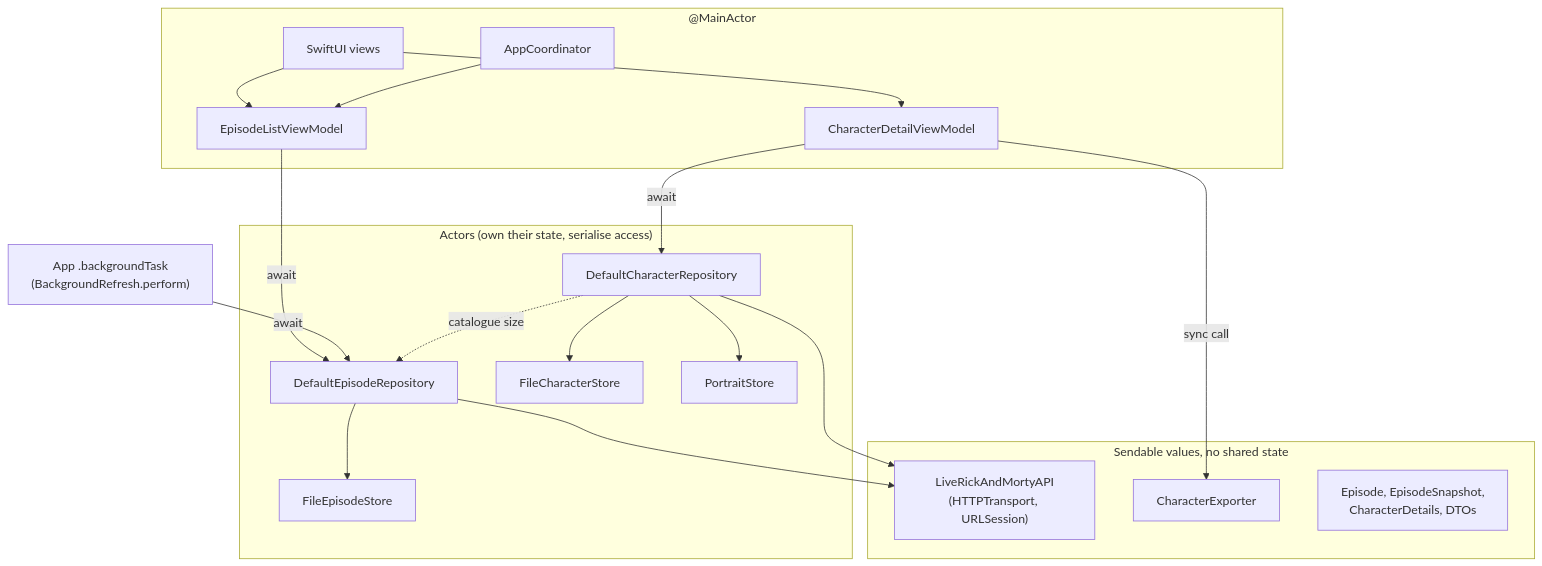
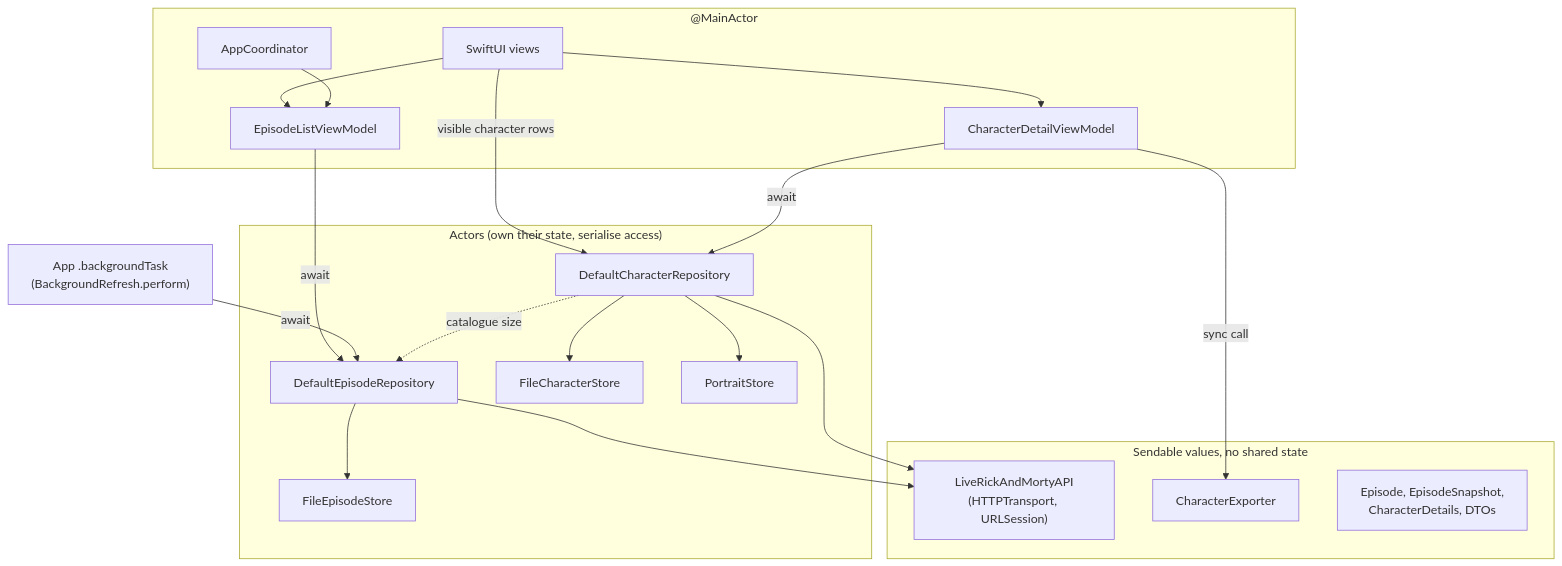
One commit to felixinjapan/rick-and-morty-episodes changed the third of 3 diagrams in docs/design.md. Above: the diagram before and after it, drawn with Mermaid. The commit also changed other lines of this file and 8 other files, not shown here.

````diff
--- a/docs/design.md
+++ b/docs/design.md
@@ -47,39 +49,40 @@
 ```mermaid
 flowchart TD
     subgraph Main["@MainActor"]
         Views[SwiftUI views]
         ListVM[EpisodeListViewModel]
         DetailVM[CharacterDetailViewModel]
         Coord[AppCoordinator]
     end
 
     subgraph Actors["Actors (own their state, serialise access)"]
         EpRepo[DefaultEpisodeRepository]
         ChRepo[DefaultCharacterRepository]
         EpStore[FileEpisodeStore]
         ChStore[FileCharacterStore]
         Portraits[PortraitStore]
     end
 
     subgraph Values["Sendable values, no shared state"]
         API["LiveRickAndMortyAPI<br/>(HTTPTransport, URLSession)"]
         Exporter[CharacterExporter]
         Types["Episode, EpisodeSnapshot,<br/>CharacterDetails, DTOs"]
     end
 
     BG["App .backgroundTask<br/>(BackgroundRefresh.perform)"]
 
     Views --> ListVM
     Views --> DetailVM
+    Views -->|visible character rows| ChRepo
     Coord --> ListVM
     ListVM -- await --> EpRepo
     DetailVM -- await --> ChRepo
     DetailVM -- "sync call" --> Exporter
     BG -- await --> EpRepo
     EpRepo --> API
     EpRepo --> EpStore
     ChRepo --> API
     ChRepo --> ChStore
     ChRepo --> Portraits
     ChRepo -. "catalogue size" .-> EpRepo
 ```
````
